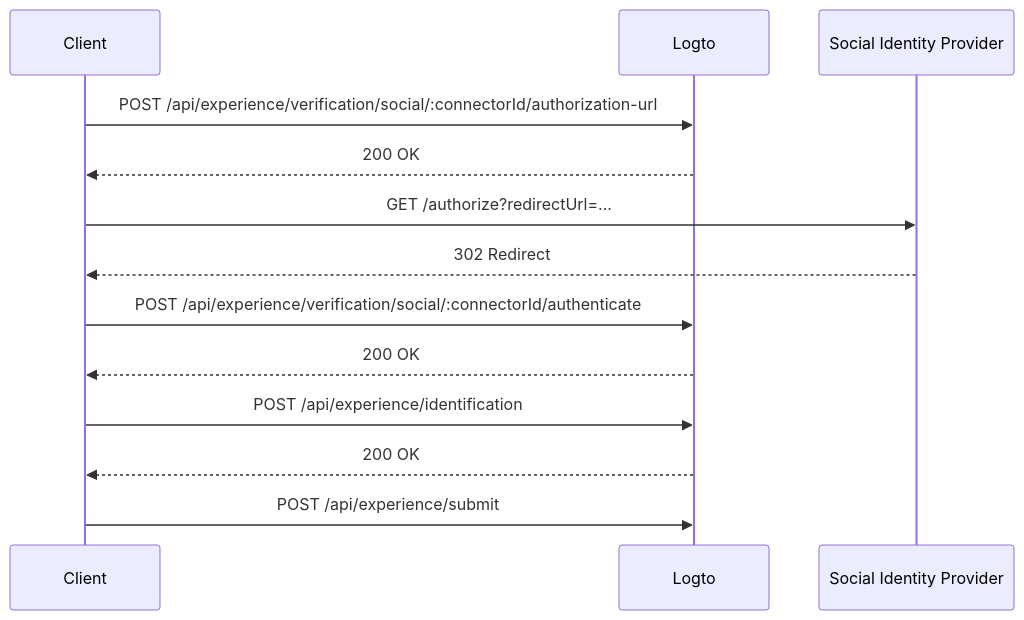
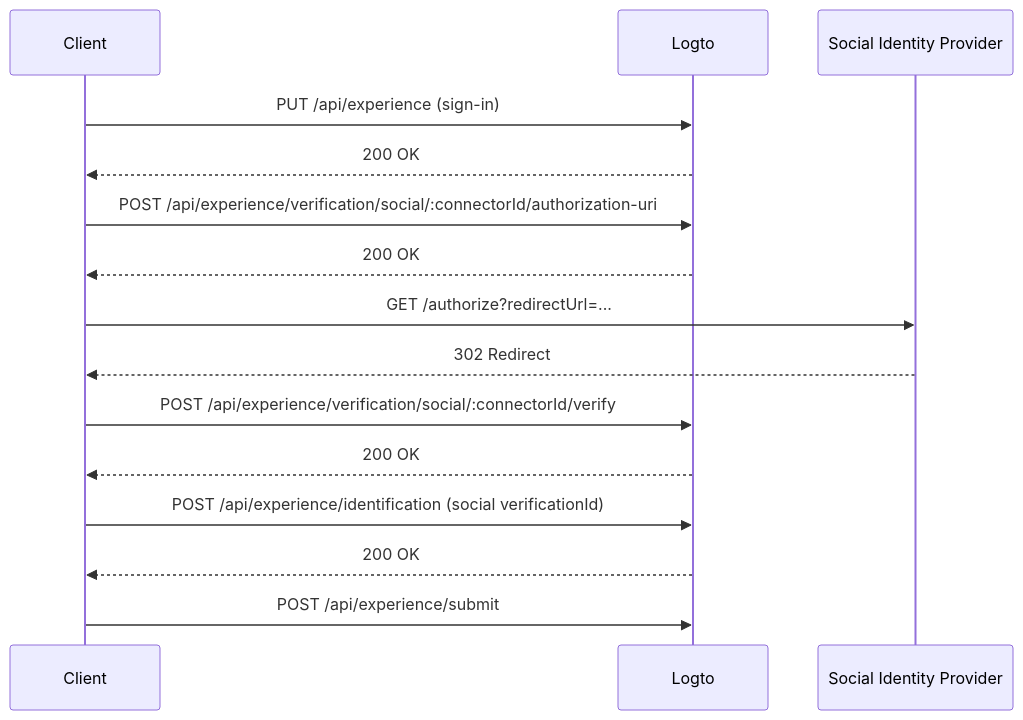
Before and after one commit to logto-io/rfcs: diagram 12 of 22 in draft/0004-experience-api.md, drawn with Mermaid. The commit also changed other lines of this file, not shown here.

First line of the commit message:
refactor: update experience API rfc

````diff
--- a/draft/0004-experience-api.md
+++ b/draft/0004-experience-api.md
@@ -756,16 +796,18 @@
 ```mermaid
 sequenceDiagram
     participant C as Client
     participant L as Logto
     participant S as Social Identity Provider
 
-    C->>L: POST /api/experience/verification/social/:connectorId/authorization-url
+    C->>L: PUT /api/experience (sign-in)
+    L-->>C: 200 OK
+    C->>L: POST /api/experience/verification/social/:connectorId/authorization-uri
     L-->>C: 200 OK
     C->>S: GET /authorize?redirectUrl=...
     S-->>C: 302 Redirect
-    C->>L: POST /api/experience/verification/social/:connectorId/authenticate
+    C->>L: POST /api/experience/verification/social/:connectorId/verify
     L-->>C: 200 OK
-    C->>L: POST /api/experience/identification
+    C->>L: POST /api/experience/identification (social verificationId)
     L-->>C: 200 OK
     C->>L: POST /api/experience/submit
 ```
````
